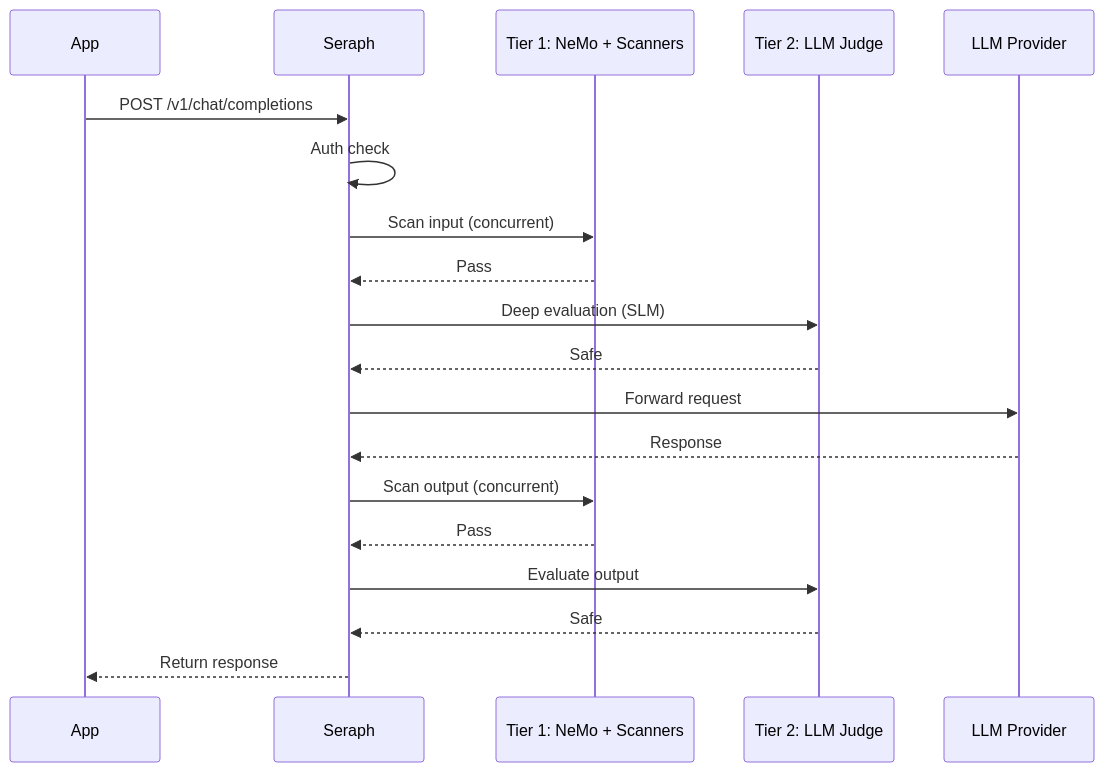
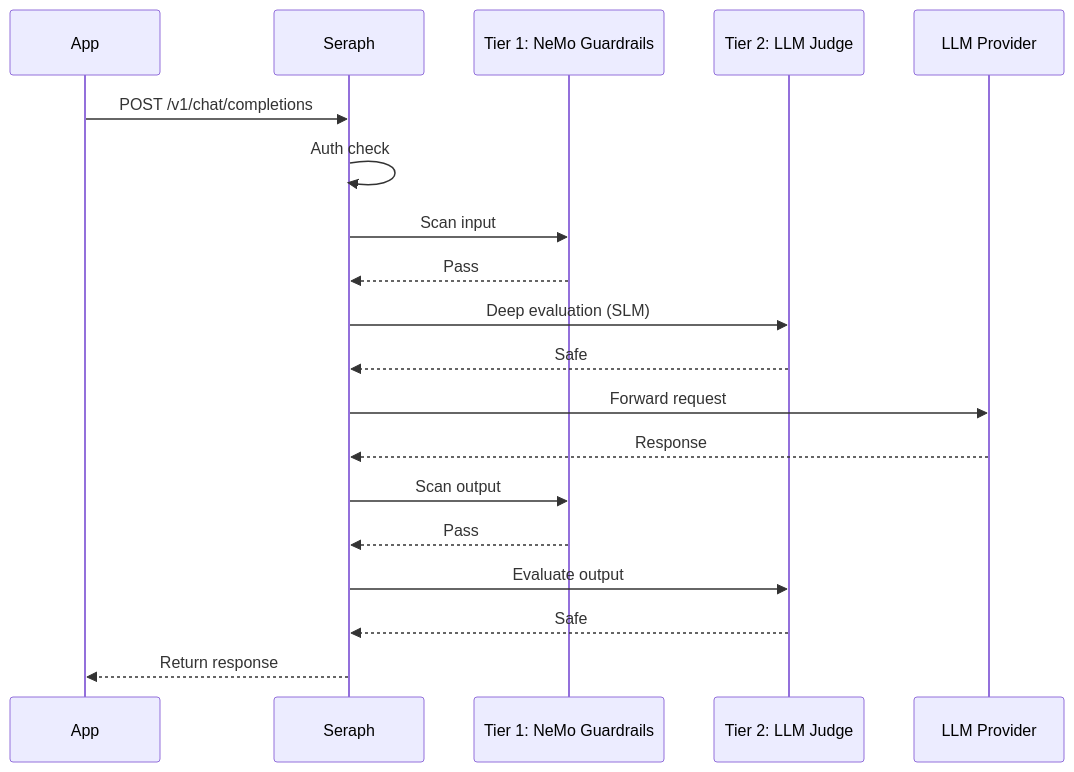
Before and after one commit to 0x0pointer/seraph: the second of 2 diagrams in README.md, drawn with Mermaid. The commit also changed other lines of this file and 56 other files, not shown here.

````diff
--- a/README.md
+++ b/README.md
@@ -97,27 +82,27 @@
 ```mermaid
 sequenceDiagram
     participant App
     participant Seraph
-    participant NeMo as Tier 1: NeMo + Scanners
+    participant NeMo as Tier 1: NeMo Guardrails
     participant Judge as Tier 2: LLM Judge
     participant LLM as LLM Provider
 
     App->>Seraph: POST /v1/chat/completions
 
     Seraph->>Seraph: Auth check
-    Seraph->>NeMo: Scan input (concurrent)
+    Seraph->>NeMo: Scan input
     NeMo-->>Seraph: Pass
     Seraph->>Judge: Deep evaluation (SLM)
     Judge-->>Seraph: Safe
 
     Seraph->>LLM: Forward request
 
     LLM-->>Seraph: Response
 
-    Seraph->>NeMo: Scan output (concurrent)
+    Seraph->>NeMo: Scan output
     NeMo-->>Seraph: Pass
     Seraph->>Judge: Evaluate output
     Judge-->>Seraph: Safe
 
     Seraph-->>App: Return response
 ```
````
